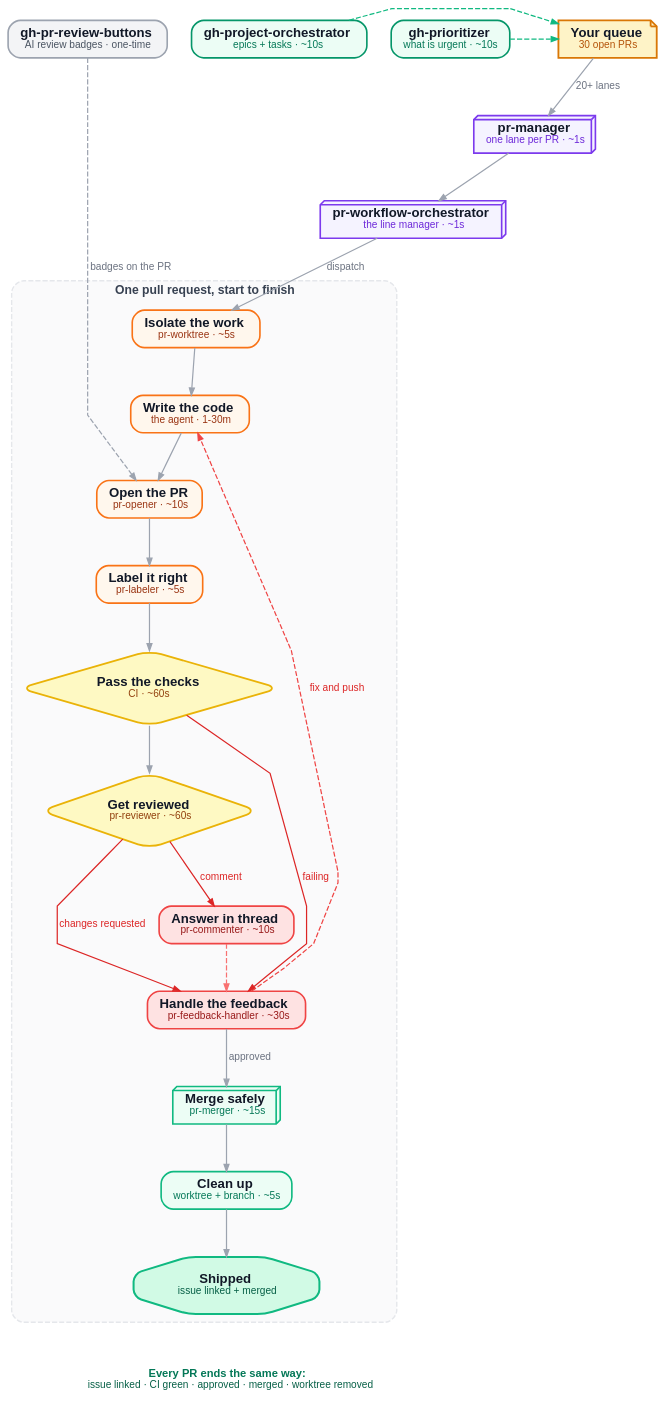
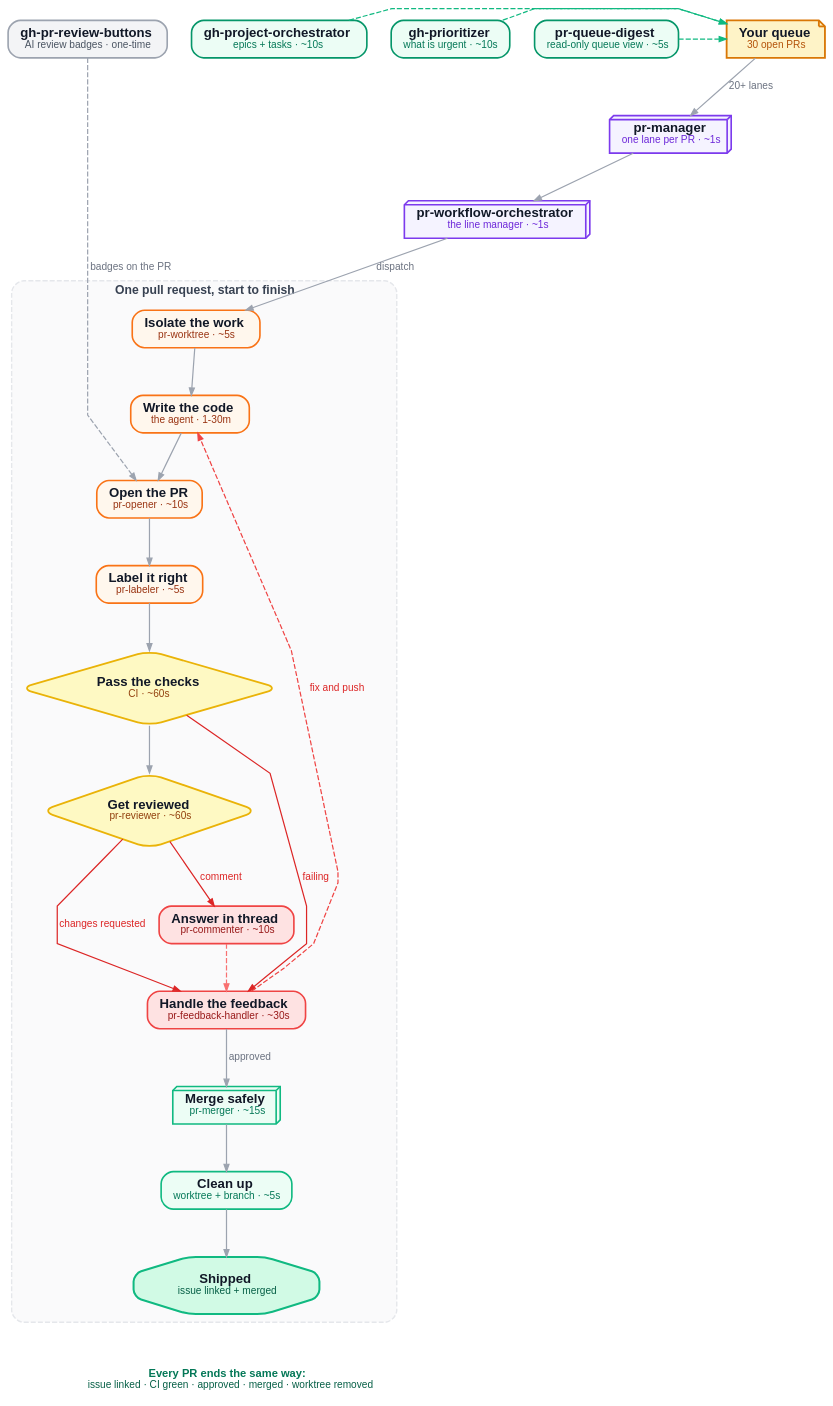
Before and after one commit to kburym/gh-skills: the diagram in assets/skill-calls.dot, drawn with Graphviz. The commit also changed 7 other files, not shown here.

First line of the commit message:
Update docs and diagrams for pr-queue-digest

```diff
--- a/assets/skill-calls.dot
+++ b/assets/skill-calls.dot
@@ -1,96 +1,99 @@
 // gh-skills — the factory: what happens to a pull request, and how long it takes.
 // Render:  ./assets/build-diagram.sh   (dot + animated-SVG injection)
 // Source of truth: this file. The SVG in assets/ is generated from it.
 digraph SKILL_FACTORY {
   rankdir=TB;
   splines=polyline;
   bgcolor="transparent";
   pad="0.35";
   nodesep="0.34";
   ranksep="0.62";
   fontname="Helvetica,Arial,sans-serif";
 
   node [shape=box, style="rounded,filled", fontname="Helvetica,Arial,sans-serif",
         fontsize=13, fontcolor="#111827", color="#4F46E5", fillcolor="#EEF2FF",
         penwidth=1.6, margin="0.16,0.10"];
   edge [color="#9CA3AF", fontname="Helvetica,Arial,sans-serif", fontsize=10,
         fontcolor="#6B7280", arrowsize=0.7, penwidth=1.2];
 
   // ---------------- intake ----------------
   queue [label=<<b>Your queue</b><br/><font point-size="10" color="#B45309">30 open PRs</font>>,
          shape=note, fillcolor="#FEF3C7", color="#D97706", penwidth=1.8];
   mgr   [label=<<b>pr-manager</b><br/><font point-size="10" color="#6D28D9">one lane per PR · ~1s</font>>,
          shape=box3d, fillcolor="#F5F3FF", color="#7C3AED"];
   orch  [label=<<b>pr-workflow-orchestrator</b><br/><font point-size="10" color="#6D28D9">the line manager · ~1s</font>>,
          shape=box3d, fillcolor="#F5F3FF", color="#7C3AED"];
 
   // side stations that feed the queue
   proj [label=<<b>gh-project-orchestrator</b><br/><font point-size="10" color="#047857">epics + tasks · ~10s</font>>,
         fillcolor="#ECFDF5", color="#059669"];
   prio [label=<<b>gh-prioritizer</b><br/><font point-size="10" color="#047857">what is urgent · ~10s</font>>,
+        fillcolor="#ECFDF5", color="#059669"];
+  digest [label=<<b>pr-queue-digest</b><br/><font point-size="10" color="#047857">read-only queue view · ~5s</font>>,
         fillcolor="#ECFDF5", color="#059669"];
   btns [label=<<b>gh-pr-review-buttons</b><br/><font point-size="10" color="#4B5563">AI review badges · one-time</font>>,
         fillcolor="#F3F4F6", color="#9CA3AF"];
 
   // ---------------- the line ----------------
   subgraph cluster_lane {
     label=<<b>One pull request, start to finish</b>>;
     fontname="Helvetica,Arial,sans-serif"; fontsize=12; fontcolor="#374151";
     color="#E5E7EB"; style="rounded,dashed"; penwidth=1.4; bgcolor="#FAFAFB";
 
     wt    [label=<<b>Isolate the work</b><br/><font point-size="10" color="#9A3412">pr-worktree · ~5s</font>>,
            fillcolor="#FFF7ED", color="#F97316"];
     impl  [label=<<b>Write the code</b><br/><font point-size="10" color="#9A3412">the agent · 1-30m</font>>,
            fillcolor="#FFF7ED", color="#F97316"];
     open  [label=<<b>Open the PR</b><br/><font point-size="10" color="#9A3412">pr-opener · ~10s</font>>,
            fillcolor="#FFF7ED", color="#F97316"];
     lab   [label=<<b>Label it right</b><br/><font point-size="10" color="#9A3412">pr-labeler · ~5s</font>>,
            fillcolor="#FFF7ED", color="#F97316"];
     ci    [class="pulse", label=<<b>Pass the checks</b><br/><font point-size="10" color="#92400E">CI · ~60s</font>>,
            shape=diamond, fillcolor="#FEF9C3", color="#EAB308", penwidth=1.8];
     rev   [class="pulse", label=<<b>Get reviewed</b><br/><font point-size="10" color="#92400E">pr-reviewer · ~60s</font>>,
            shape=diamond, fillcolor="#FEF9C3", color="#EAB308", penwidth=1.8];
     fb    [class="pulse", label=<<b>Handle the feedback</b><br/><font point-size="10" color="#991B1B">pr-feedback-handler · ~30s</font>>,
            fillcolor="#FEE2E2", color="#EF4444"];
     cmt   [label=<<b>Answer in thread</b><br/><font point-size="10" color="#991B1B">pr-commenter · ~10s</font>>,
            fillcolor="#FEE2E2", color="#EF4444"];
     mrg   [class="pulse", label=<<b>Merge safely</b><br/><font point-size="10" color="#047857">pr-merger · ~15s</font>>,
            shape=box3d, fillcolor="#ECFDF5", color="#10B981"];
     clean [class="pulse", label=<<b>Clean up</b><br/><font point-size="10" color="#047857">worktree + branch · ~5s</font>>,
            fillcolor="#ECFDF5", color="#10B981"];
     done  [class="pulse", label=<<b>Shipped</b><br/><font point-size="10" color="#065F46">issue linked + merged</font>>,
            shape=octagon, fillcolor="#D1FAE5", color="#10B981", penwidth=2];
 
     wt -> impl -> open -> lab -> ci -> rev;
     rev -> fb [label=" changes requested ", color="#DC2626", fontcolor="#DC2626"];
     rev -> cmt [label=" comment ", color="#DC2626", fontcolor="#DC2626"];
     cmt -> fb [style=dashed, color="#F87171"];
     ci  -> fb [label=" failing ", color="#DC2626", fontcolor="#DC2626"];
     fb  -> impl [label=" fix and push ", style=dashed, color="#EF4444", fontcolor="#DC2626",
                  constraint=false];
     fb  -> mrg [label=" approved "];
     mrg -> clean -> done;
 
     // stage ranks inside the line
                       { rank=same; done; }
   }
 
   // ---------------- the promise ----------------
   promise [label=<<font point-size="11" color="#047857"><b>Every PR ends the same way:</b></font><br/><font point-size="10" color="#065F46">issue linked · CI green · approved · merged · worktree removed</font>>,
             shape=plaintext, fillcolor="none", color="none"];
 
   // ---------------- edges ----------------
   queue -> mgr [label=" 20+ lanes "];
   mgr -> orch;
   orch -> wt [label=" dispatch "];
   proj -> queue [style=dashed, color="#10B981", fontcolor="#047857"];
   prio -> queue [style=dashed, color="#10B981", fontcolor="#047857"];
+  digest -> queue [style=dashed, color="#10B981", fontcolor="#047857"];
   btns -> open [style=dashed, color="#9CA3AF", fontcolor="#6B7280", label=" badges on the PR "];
   done -> promise [style=invis];
 
   // ---------------- ranks ----------------
-  { rank=same; queue; proj; prio; btns; }
+  { rank=same; queue; proj; prio; digest; btns; }
   { rank=same; mgr; }
   { rank=same; orch; }
   { rank=same; promise; }
 }
```
